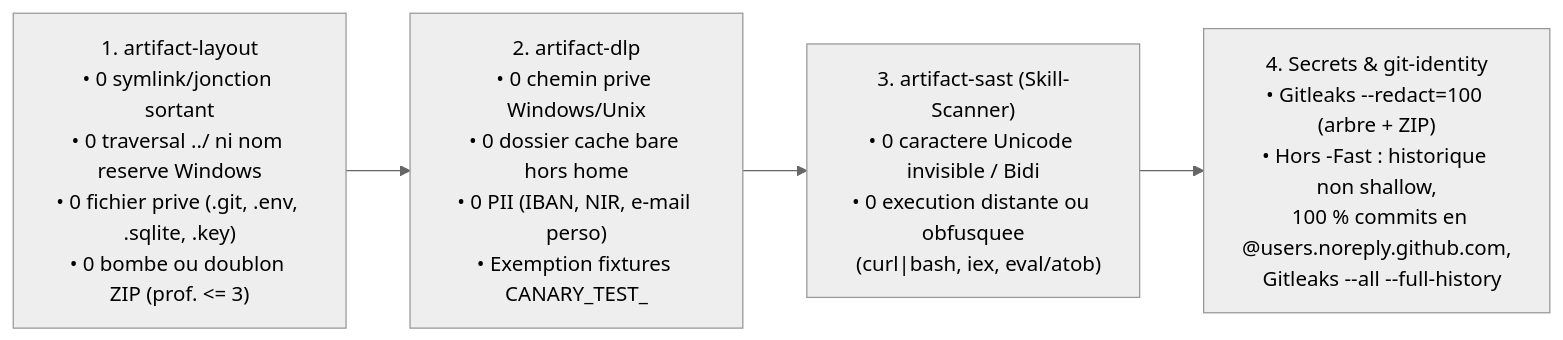
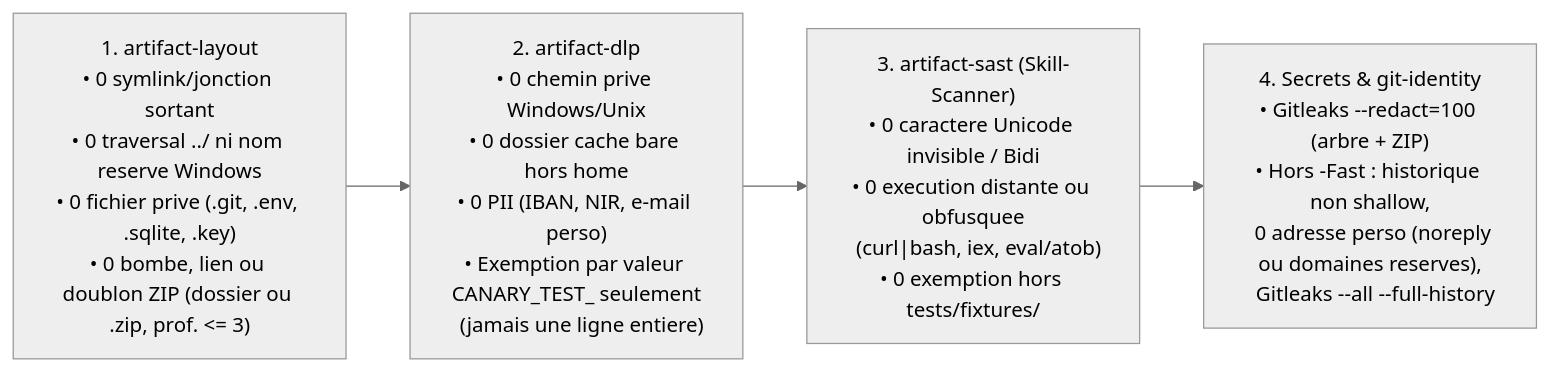
Before and after one commit to Melkyzedec/Toolbox: the second of 2 diagrams in skills/github-open-source-release/references/processus.md, drawn with Mermaid (neutral theme). The commit also changed other lines of this file and 16 other files, not shown here.

````diff
--- a/skills/github-open-source-release/references/processus.md
+++ b/skills/github-open-source-release/references/processus.md
@@ -43,9 +43,9 @@
 ```mermaid
 flowchart LR
-    E1["1. artifact-layout\n• 0 symlink/jonction sortant\n• 0 traversal ../ ni nom reserve Windows\n• 0 fichier prive (.git, .env, .sqlite, .key)\n• 0 bombe ou doublon ZIP (prof. <= 3)"]
-    E2["2. artifact-dlp\n• 0 chemin prive Windows/Unix\n• 0 dossier cache bare hors home\n• 0 PII (IBAN, NIR, e-mail perso)\n• Exemption fixtures CANARY_TEST_"]
-    E3["3. artifact-sast (Skill-Scanner)\n• 0 caractere Unicode invisible / Bidi\n• 0 execution distante ou obfusquee\n  (curl|bash, iex, eval/atob)"]
-    E4["4. Secrets & git-identity\n• Gitleaks --redact=100 (arbre + ZIP)\n• Hors -Fast : historique non shallow,\n  100 % commits en @users.noreply.github.com,\n  Gitleaks --all --full-history"]
+    E1["1. artifact-layout\n• 0 symlink/jonction sortant\n• 0 traversal ../ ni nom reserve Windows\n• 0 fichier prive (.git, .env, .sqlite, .key)\n• 0 bombe, lien ou doublon ZIP (dossier ou .zip, prof. <= 3)"]
+    E2["2. artifact-dlp\n• 0 chemin prive Windows/Unix\n• 0 dossier cache bare hors home\n• 0 PII (IBAN, NIR, e-mail perso)\n• Exemption par valeur CANARY_TEST_ seulement\n  (jamais une ligne entiere)"]
+    E3["3. artifact-sast (Skill-Scanner)\n• 0 caractere Unicode invisible / Bidi\n• 0 execution distante ou obfusquee\n  (curl|bash, iex, eval/atob)\n• 0 exemption hors tests/fixtures/"]
+    E4["4. Secrets & git-identity\n• Gitleaks --redact=100 (arbre + ZIP)\n• Hors -Fast : historique non shallow,\n  0 adresse perso (noreply ou domaines reserves),\n  Gitleaks --all --full-history"]
 
     E1 --> E2 --> E3 --> E4
 ```
````
